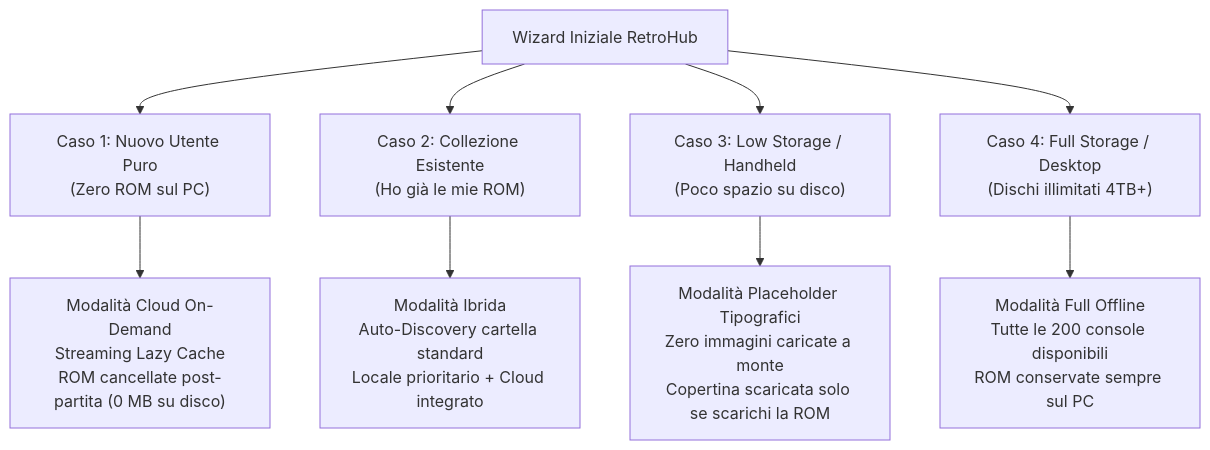
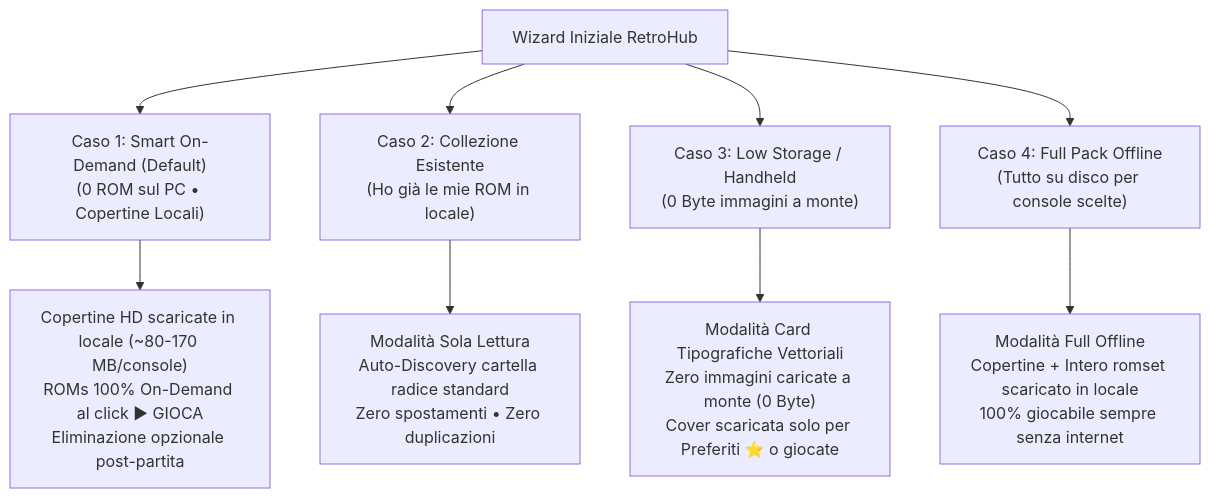
Before and after one commit to boobaGreen/launcher_game: the diagram in docs/analisi-progetto/SPECIFICHE_WIZARD_STORAGE_ON_DEMAND.md, drawn with Mermaid. The commit also changed other lines of this file and 4 other files, not shown here.

Commit message:
docs: formalize golden storage rule (unlocked platforms = local covers + on-demand roms), update 4 wizard profiles and mame 1g1r specs

````diff
--- a/docs/analisi-progetto/SPECIFICHE_WIZARD_STORAGE_ON_DEMAND.md
+++ b/docs/analisi-progetto/SPECIFICHE_WIZARD_STORAGE_ON_DEMAND.md
@@ -92,13 +92,13 @@
 ```mermaid
 flowchart TD
     W["Wizard Iniziale RetroHub"]
-    W --> C1["Caso 1: Nuovo Utente Puro<br>(Zero ROM sul PC)"]
-    W --> C2["Caso 2: Collezione Esistente<br>(Ho già le mie ROM)"]
-    W --> C3["Caso 3: Low Storage / Handheld<br>(Poco spazio su disco)"]
-    W --> C4["Caso 4: Full Storage / Desktop<br>(Dischi illimitati 4TB+)"]
+    W --> C1["Caso 1: Smart On-Demand (Default)<br>(0 ROM sul PC • Copertine Locali)"]
+    W --> C2["Caso 2: Collezione Esistente<br>(Ho già le mie ROM in locale)"]
+    W --> C3["Caso 3: Low Storage / Handheld<br>(0 Byte immagini a monte)"]
+    W --> C4["Caso 4: Full Pack Offline<br>(Tutto su disco per console scelte)"]
 
-    C1 --> O1["Modalità Cloud On-Demand<br>Streaming Lazy Cache<br>ROM cancellate post-partita (0 MB su disco)"]
-    C2 --> O2["Modalità Ibrida<br>Auto-Discovery cartella standard<br>Locale prioritario + Cloud integrato"]
-    C3 --> O3["Modalità Placeholder Tipografici<br>Zero immagini caricate a monte<br>Copertina scaricata solo se scarichi la ROM"]
-    C4 --> O4["Modalità Full Offline<br>Tutte le 200 console disponibili<br>ROM conservate sempre sul PC"]
+    C1 --> O1["Copertine HD scaricate in locale (~80-170 MB/console)<br>ROMs 100% On-Demand al click ▶ GIOCA<br>Eliminazione opzionale post-partita"]
+    C2 --> O2["Modalità Sola Lettura<br>Auto-Discovery cartella radice standard<br>Zero spostamenti • Zero duplicazioni"]
+    C3 --> O3["Modalità Card Tipografiche Vettoriali<br>Zero immagini caricate a monte (0 Byte)<br>Cover scaricata solo per Preferiti ⭐ o giocate"]
+    C4 --> O4["Modalità Full Offline<br>Copertine + Intero romset scaricato in locale<br>100% giocabile sempre senza internet"]
 ```
````
